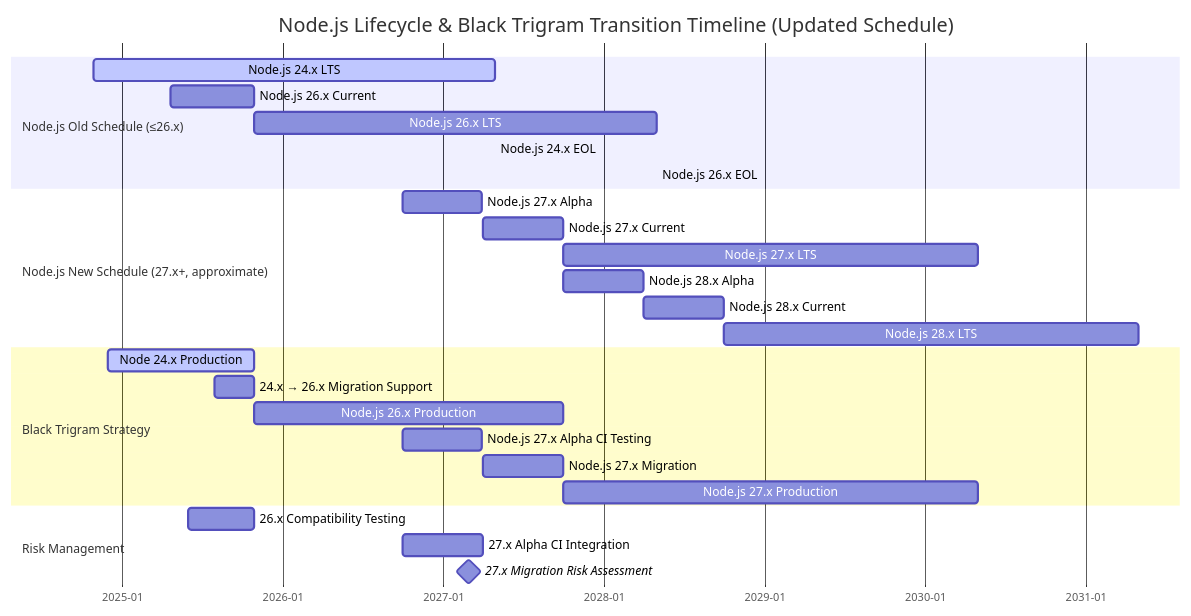
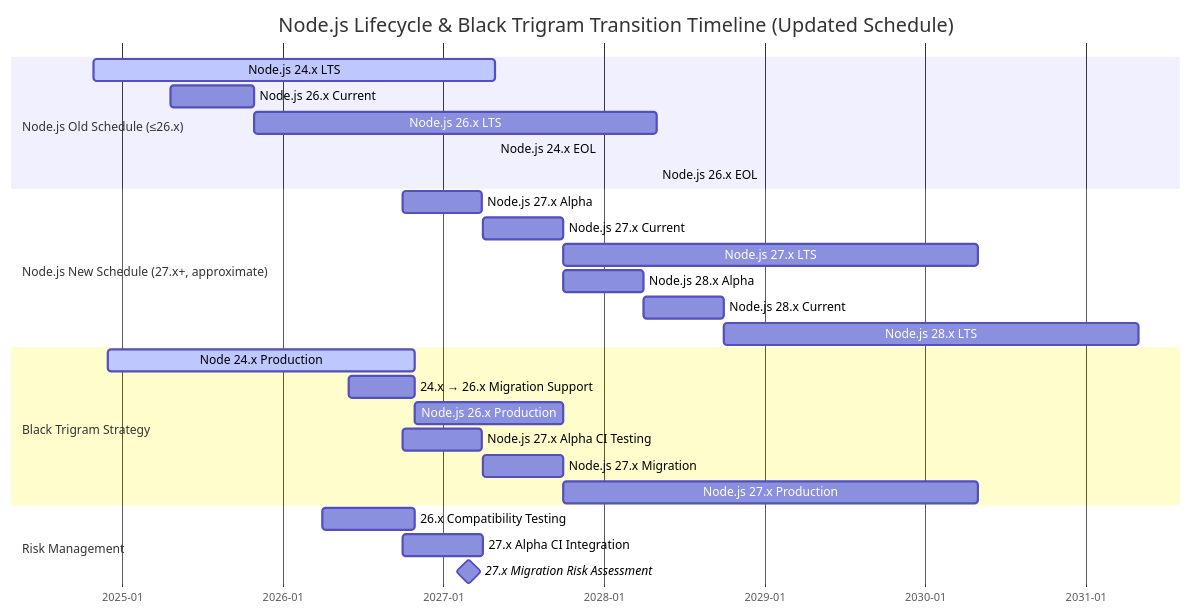
One commit to Hack23/blacktrigram changed the second of 8 diagrams in End-of-Life-Strategy.md. Above: the diagram before and after it, drawn with Mermaid. The commit also changed 1 other file, not shown here.

Commit message:
Address round 4 PR review: add Route 53 health check cost, fix Node 24→26 timeline
- Add Route 53 health check ($0.50/month) to cost breakdown, reconciling with
  BCPPlan.md automatic failover and architecture diagram
- Update all cost totals: $6.50→$7.00/month, $78→$84/year, 3-year TCO $234→$252
- Update ISMS policy-area breakdown: Backup & Recovery now $6/year (health check)
- Diagram now shows "Health Check Failover" label on Route 53→GitHub Pages link
- Extend Node 24.x production timeline to 2026-10-28 to reflect CI still on Node 24
- Push 24.x→26.x migration to 2026-06 through 2026-10 (future, not past)

````diff
--- a/End-of-Life-Strategy.md
+++ b/End-of-Life-Strategy.md
@@ -174,34 +174,34 @@
 ```mermaid
 gantt
     title Node.js Lifecycle & Black Trigram Transition Timeline (Updated Schedule)
     dateFormat YYYY-MM-DD
     axisFormat %Y-%m
 
     section Node.js Old Schedule (≤26.x)
     Node.js 24.x LTS        :active, node24lts, 2024-10-29, 2027-04-30
     Node.js 26.x Current     :node26c, 2025-04-22, 2025-10-28
     Node.js 26.x LTS         :node26lts, 2025-10-28, 2028-04-30
     Node.js 24.x EOL         :crit, node24eol, 2027-04-30, 0d
     Node.js 26.x EOL         :crit, node26eol, 2028-04-30, 0d
 
     section Node.js New Schedule (27.x+, approximate)
     Node.js 27.x Alpha       :node27a, 2026-10-01, 2027-03-31
     Node.js 27.x Current     :node27c, 2027-04-01, 2027-09-30
     Node.js 27.x LTS         :node27lts, 2027-10-01, 2030-04-30
     Node.js 28.x Alpha       :node28a, 2027-10-01, 2028-03-31
     Node.js 28.x Current     :node28c, 2028-04-01, 2028-09-30
     Node.js 28.x LTS         :node28lts, 2028-10-01, 2031-04-30
 
     section Black Trigram Strategy
-    Node 24.x Production          :active, bt24prod, 2024-12-01, 2025-10-28
-    24.x → 26.x Migration Support :bt24mig, 2025-08-01, 2025-10-28
-    Node.js 26.x Production       :bt26prod, 2025-10-28, 2027-09-30
+    Node 24.x Production          :active, bt24prod, 2024-12-01, 2026-10-28
+    24.x → 26.x Migration Support :bt24mig, 2026-06-01, 2026-10-28
+    Node.js 26.x Production       :bt26prod, 2026-10-28, 2027-09-30
     Node.js 27.x Alpha CI Testing :bt27alpha, 2026-10-01, 2027-03-31
     Node.js 27.x Migration        :bt27mig, 2027-04-01, 2027-09-30
     Node.js 27.x Production       :bt27prod, 2027-10-01, 2030-04-30
 
     section Risk Management
-    26.x Compatibility Testing    :compat26, 2025-06-01, 2025-10-28
+    26.x Compatibility Testing    :compat26, 2026-04-01, 2026-10-28
     27.x Alpha CI Integration     :alphaci, 2026-10-01, 2027-04-01
     27.x Migration Risk Assessment :milestone, riskassess27, 2027-03-01, 0d
 ```
````
